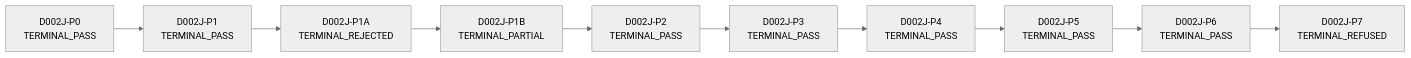
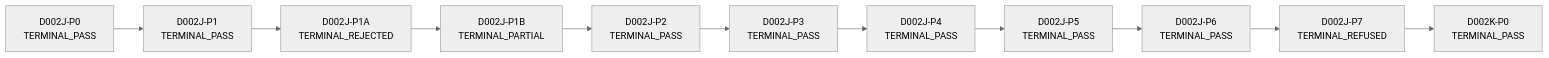
Before and after one commit to neuron7xLab/GeoSync: the diagram in docs/research/D002J_LINEAGE_MAP.md, drawn with Mermaid (neutral theme). The commit also changed other lines of this file and 13 other files, not shown here.

````diff
--- a/docs/research/D002J_LINEAGE_MAP.md
+++ b/docs/research/D002J_LINEAGE_MAP.md
@@ -13,22 +16,24 @@
 ```mermaid
 graph LR
     D002J-P0[D002J-P0<br/>TERMINAL_PASS]
     D002J-P1[D002J-P1<br/>TERMINAL_PASS]
     D002J-P1A[D002J-P1A<br/>TERMINAL_REJECTED]
     D002J-P1B[D002J-P1B<br/>TERMINAL_PARTIAL]
     D002J-P2[D002J-P2<br/>TERMINAL_PASS]
     D002J-P3[D002J-P3<br/>TERMINAL_PASS]
     D002J-P4[D002J-P4<br/>TERMINAL_PASS]
     D002J-P5[D002J-P5<br/>TERMINAL_PASS]
     D002J-P6[D002J-P6<br/>TERMINAL_PASS]
     D002J-P7[D002J-P7<br/>TERMINAL_REFUSED]
+    D002K-P0[D002K-P0<br/>TERMINAL_PASS]
     D002J-P0 --> D002J-P1
     D002J-P1 --> D002J-P1A
     D002J-P1A --> D002J-P1B
     D002J-P1B --> D002J-P2
     D002J-P2 --> D002J-P3
     D002J-P3 --> D002J-P4
     D002J-P4 --> D002J-P5
     D002J-P5 --> D002J-P6
     D002J-P6 --> D002J-P7
+    D002J-P7 --> D002K-P0
 ```
````
